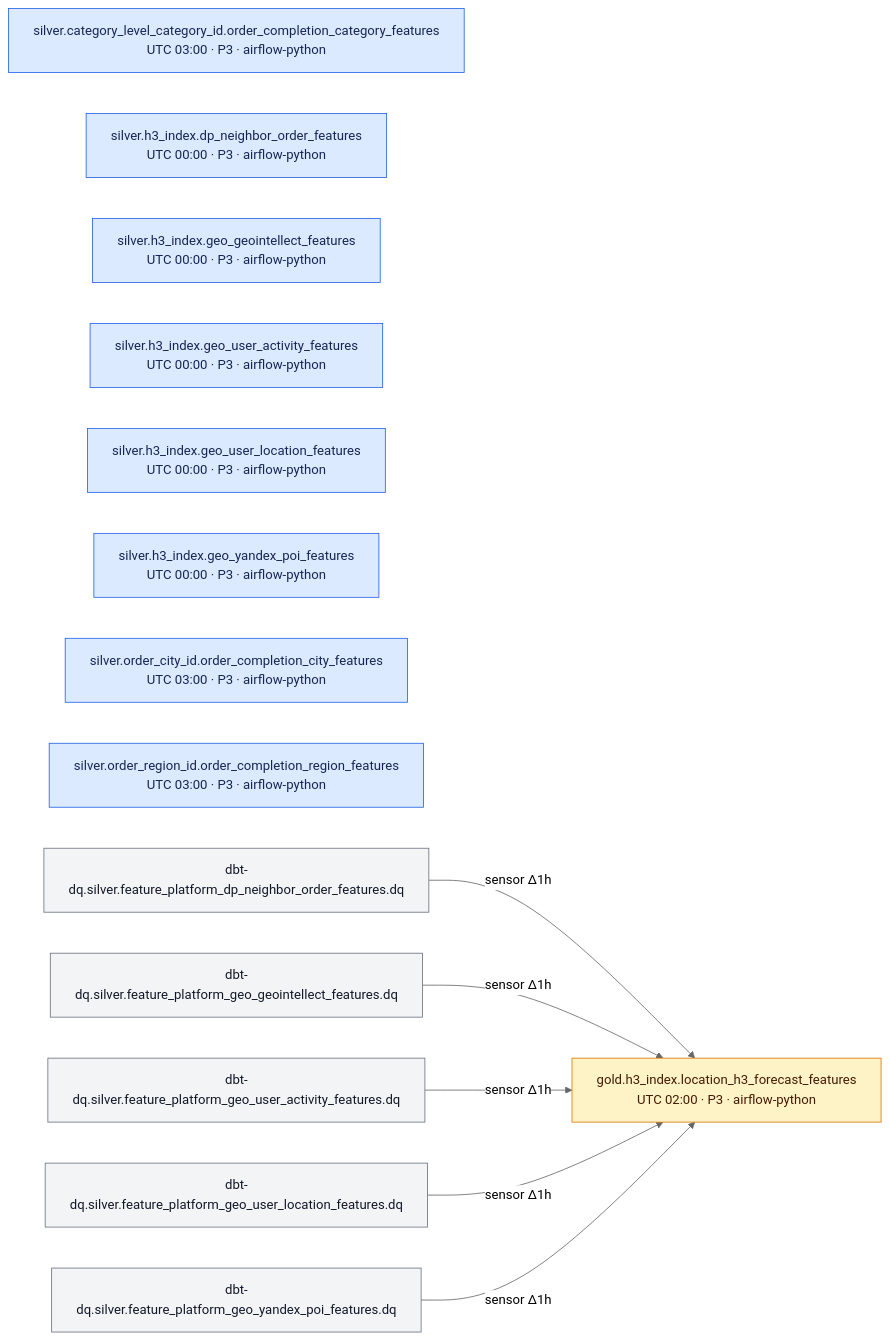
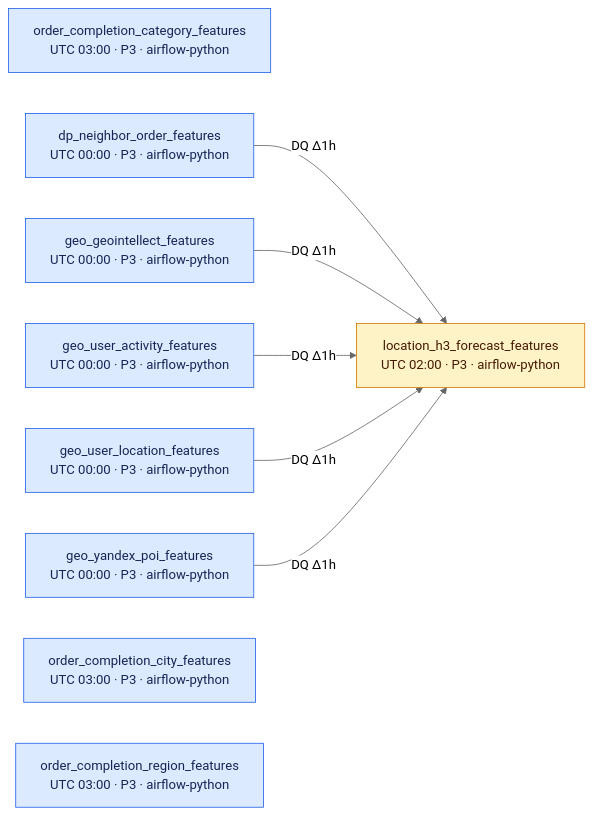
One commit to DayMarket/ml-feature-platform changed the third of 6 diagrams in docs/feature_platform_map.md. Above: the diagram before and after it, drawn with Mermaid (neutral theme). The commit also changed other lines of this file and 1 other file, not shown here.

````diff
--- a/docs/feature_platform_map.md
+++ b/docs/feature_platform_map.md
@@ -104,31 +100,25 @@
 ```mermaid
-%%{init: {"flowchart": {"wrappingWidth": 360}}}%%
+%%{init: {"flowchart": {"wrappingWidth": 220}}}%%
 flowchart LR
-    d0["gold.h3_index.location_h3_forecast_features<br/>UTC 02:00 · P3 · airflow-python"]
-    d1["silver.category_level_category_id.order_completion_category_features<br/>UTC 03:00 · P3 · airflow-python"]
-    d2["silver.h3_index.dp_neighbor_order_features<br/>UTC 00:00 · P3 · airflow-python"]
-    d3["silver.h3_index.geo_geointellect_features<br/>UTC 00:00 · P3 · airflow-python"]
-    d4["silver.h3_index.geo_user_activity_features<br/>UTC 00:00 · P3 · airflow-python"]
-    d5["silver.h3_index.geo_user_location_features<br/>UTC 00:00 · P3 · airflow-python"]
-    d6["silver.h3_index.geo_yandex_poi_features<br/>UTC 00:00 · P3 · airflow-python"]
-    d7["silver.order_city_id.order_completion_city_features<br/>UTC 03:00 · P3 · airflow-python"]
-    d8["silver.order_region_id.order_completion_region_features<br/>UTC 03:00 · P3 · airflow-python"]
-    x0["dbt-dq.silver.feature_platform_dp_neighbor_order_features.dq"]
-    x1["dbt-dq.silver.feature_platform_geo_geointellect_features.dq"]
-    x2["dbt-dq.silver.feature_platform_geo_user_activity_features.dq"]
-    x3["dbt-dq.silver.feature_platform_geo_user_location_features.dq"]
-    x4["dbt-dq.silver.feature_platform_geo_yandex_poi_features.dq"]
-    x0 -->|"sensor Δ1h"| d0
-    x1 -->|"sensor Δ1h"| d0
-    x2 -->|"sensor Δ1h"| d0
-    x3 -->|"sensor Δ1h"| d0
-    x4 -->|"sensor Δ1h"| d0
+    d0["location_h3_forecast_features<br/>UTC 02:00 · P3 · airflow-python"]
+    d1["order_completion_category_features<br/>UTC 03:00 · P3 · airflow-python"]
+    d2["dp_neighbor_order_features<br/>UTC 00:00 · P3 · airflow-python"]
+    d3["geo_geointellect_features<br/>UTC 00:00 · P3 · airflow-python"]
+    d4["geo_user_activity_features<br/>UTC 00:00 · P3 · airflow-python"]
+    d5["geo_user_location_features<br/>UTC 00:00 · P3 · airflow-python"]
+    d6["geo_yandex_poi_features<br/>UTC 00:00 · P3 · airflow-python"]
+    d7["order_completion_city_features<br/>UTC 03:00 · P3 · airflow-python"]
+    d8["order_completion_region_features<br/>UTC 03:00 · P3 · airflow-python"]
+    d2 -->|"DQ Δ1h"| d0
+    d3 -->|"DQ Δ1h"| d0
+    d4 -->|"DQ Δ1h"| d0
+    d5 -->|"DQ Δ1h"| d0
+    d6 -->|"DQ Δ1h"| d0
     class d1,d2,d3,d4,d5,d6,d7,d8 silver
     class d0 gold
-    class x0,x1,x2,x3,x4 external
     classDef silver fill:#dbeafe,stroke:#2563eb,color:#172554
     classDef gold fill:#fef3c7,stroke:#d97706,color:#451a03
     classDef datasets fill:#dcfce7,stroke:#16a34a,color:#052e16
     classDef upload fill:#f3e8ff,stroke:#9333ea,color:#3b0764
     classDef external fill:#f3f4f6,stroke:#6b7280,color:#111827
 ```
````
